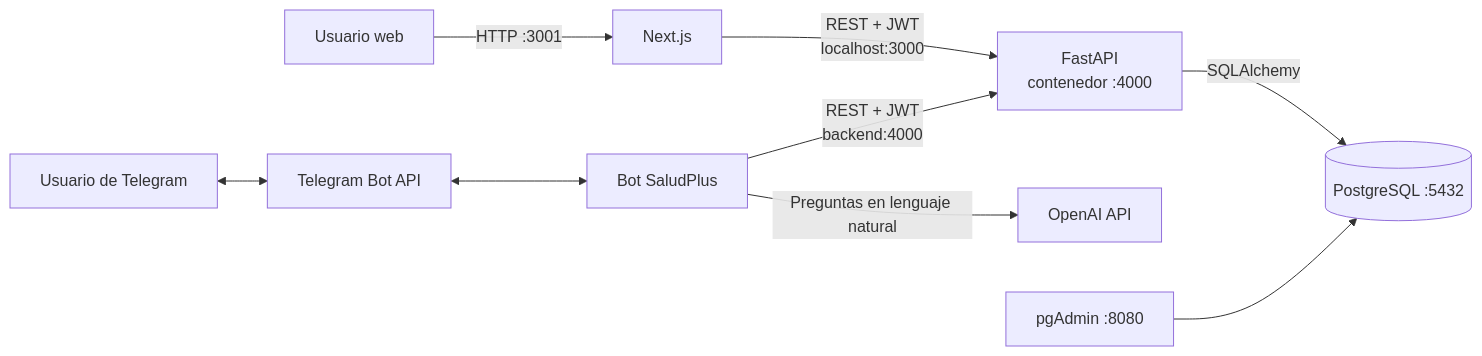
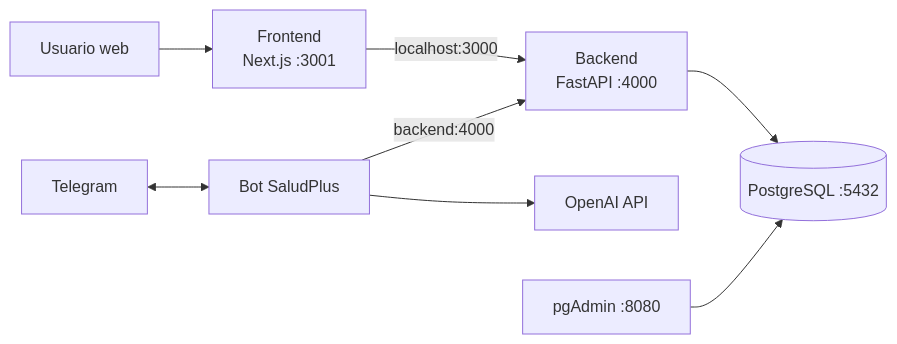
One commit to ccgg1997/Base-Auth-Fastapi changed the diagram in README.md. Above: the diagram before and after it, drawn with Mermaid. The commit also changed other lines of this file and 6 other files, not shown here.

````diff
--- a/README.md
+++ b/README.md
@@ -33,13 +23,12 @@
 ```mermaid
 flowchart LR
-    Web[Usuario web] -->|HTTP :3001| Front[Next.js]
-    Front -->|REST + JWT<br/>localhost:3000| API[FastAPI<br/>contenedor :4000]
+    Web[Usuario web] --> Front[Frontend<br/>Next.js :3001]
+    Front -->|localhost:3000| API[Backend<br/>FastAPI :4000]
 
-    Telegram[Usuario de Telegram] <--> TG[Telegram Bot API]
-    TG <--> Bot[Bot SaludPlus]
-    Bot -->|REST + JWT<br/>backend:4000| API
-    Bot -->|Preguntas en lenguaje natural| OpenAI[OpenAI API]
+    Telegram[Telegram] <--> Bot[Bot SaludPlus]
+    Bot -->|backend:4000| API
+    Bot --> OpenAI[OpenAI API]
 
-    API -->|SQLAlchemy| DB[(PostgreSQL :5432)]
+    API --> DB[(PostgreSQL :5432)]
     Admin[pgAdmin :8080] --> DB
 ```
````
